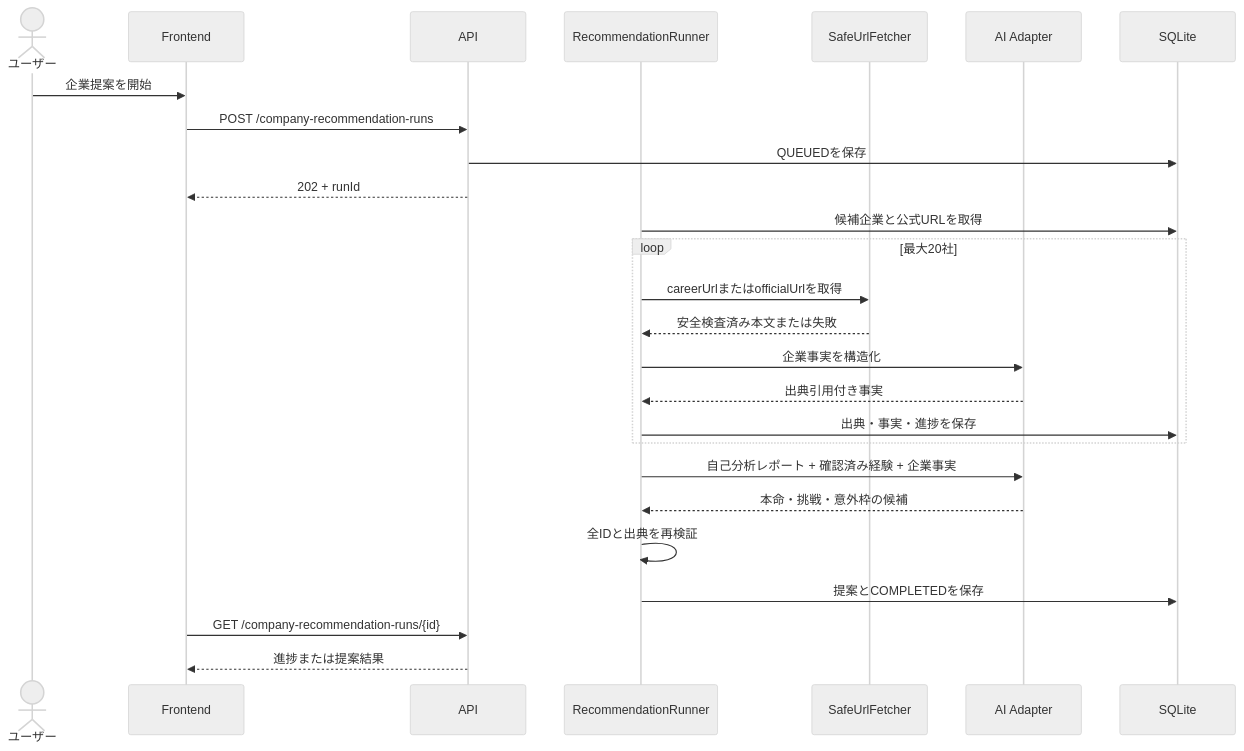
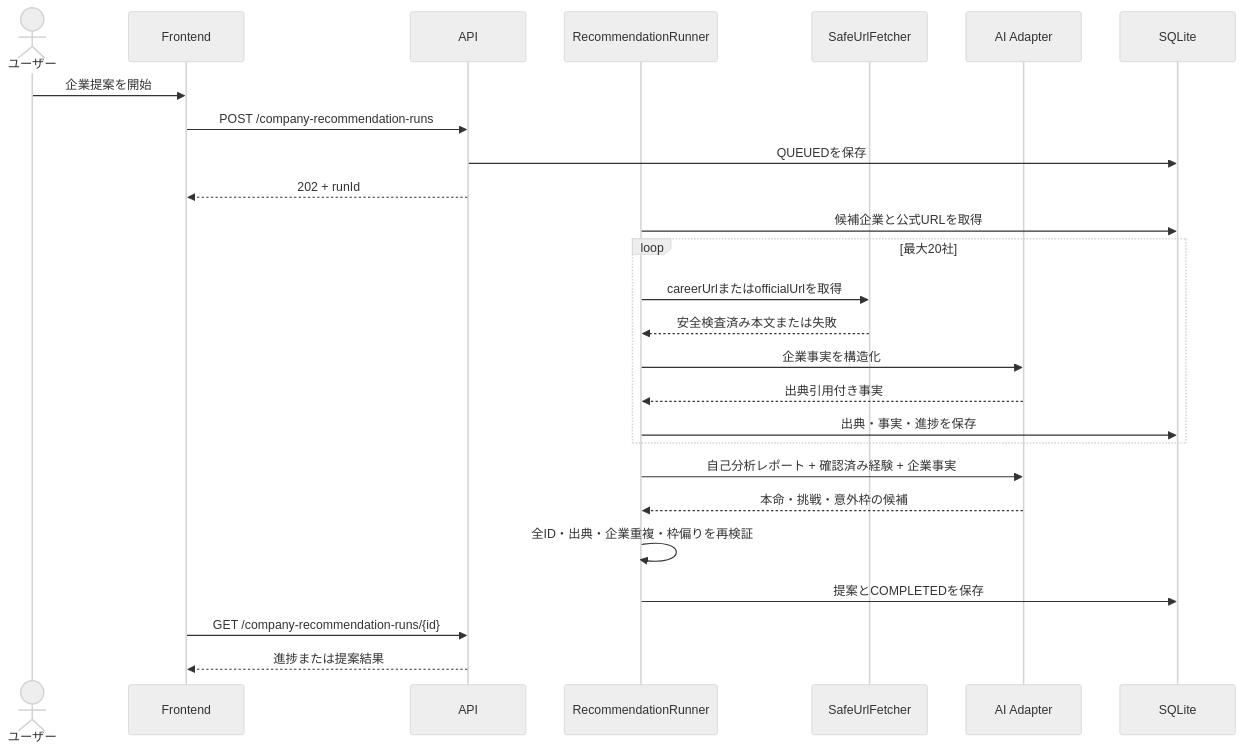
The fifth of 6 diagrams in docs/architecture.md (HACK-STAGE-STAGE2-teamG-YOZORA/Polaris), drawn with Mermaid (neutral theme) before and after one commit. The commit also changed other lines of this file and 22 other files, not shown here.

````diff
--- a/docs/architecture.md
+++ b/docs/architecture.md
@@ -249,29 +249,29 @@
 ```mermaid
 sequenceDiagram
     actor User as ユーザー
     participant UI as Frontend
     participant API as API
     participant Run as RecommendationRunner
     participant Fetch as SafeUrlFetcher
     participant AI as AI Adapter
     participant DB as SQLite
 
     User->>UI: 企業提案を開始
     UI->>API: POST /company-recommendation-runs
     API->>DB: QUEUEDを保存
     API-->>UI: 202 + runId
     Run->>DB: 候補企業と公式URLを取得
     loop 最大20社
         Run->>Fetch: careerUrlまたはofficialUrlを取得
         Fetch-->>Run: 安全検査済み本文または失敗
         Run->>AI: 企業事実を構造化
         AI-->>Run: 出典引用付き事実
         Run->>DB: 出典・事実・進捗を保存
     end
     Run->>AI: 自己分析レポート + 確認済み経験 + 企業事実
     AI-->>Run: 本命・挑戦・意外枠の候補
-    Run->>Run: 全IDと出典を再検証
+    Run->>Run: 全ID・出典・企業重複・枠偏りを再検証
     Run->>DB: 提案とCOMPLETEDを保存
     UI->>API: GET /company-recommendation-runs/{id}
     API-->>UI: 進捗または提案結果
 ```
````
